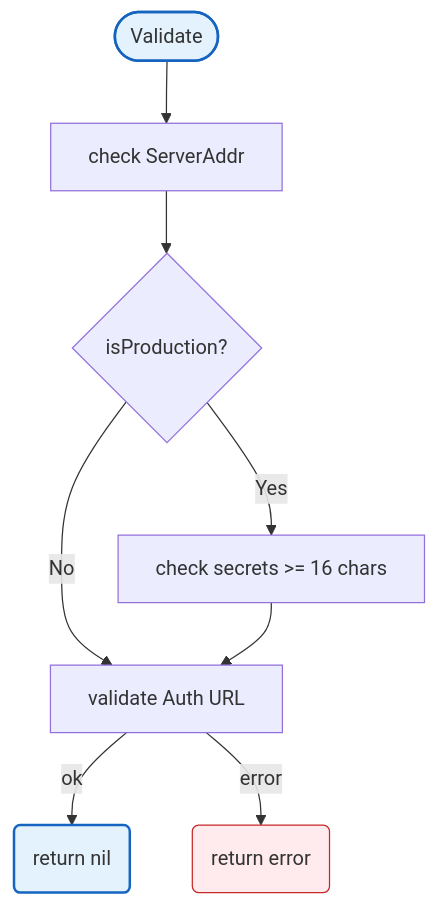
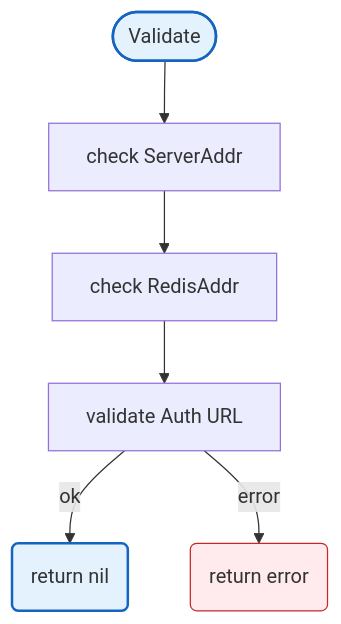
The second of 2 diagrams in docs/config/README.md (radch-ai/ava), drawn with Mermaid before and after one commit. The commit also changed other lines of this file, not shown here.

````diff
--- a/docs/config/README.md
+++ b/docs/config/README.md
@@ -30,16 +30,14 @@
 ```mermaid
 flowchart TB
     Start([Validate]) --> CheckAddr["check ServerAddr"]
-    CheckAddr --> CheckProd{isProduction?}
-    CheckProd -->|Yes| CheckSecrets["check secrets >= 16 chars"]
-    CheckProd -->|No| CheckURL["validate Auth URL"]
-    CheckSecrets --> CheckURL
+    CheckAddr --> CheckRedis["check RedisAddr"]
+    CheckRedis --> CheckURL["validate Auth URL"]
     CheckURL -->|ok| DoneOk("return nil")
     CheckURL -->|error| DoneErr("return error")
 
     classDef mainFn fill:#e3f2fd,stroke:#1565c0,stroke-width:2px
     classDef errorFlow fill:#ffebee,stroke:#c62828,stroke-width:1px
 
     class Start,DoneOk mainFn
     class DoneErr errorFlow
 ```
````
